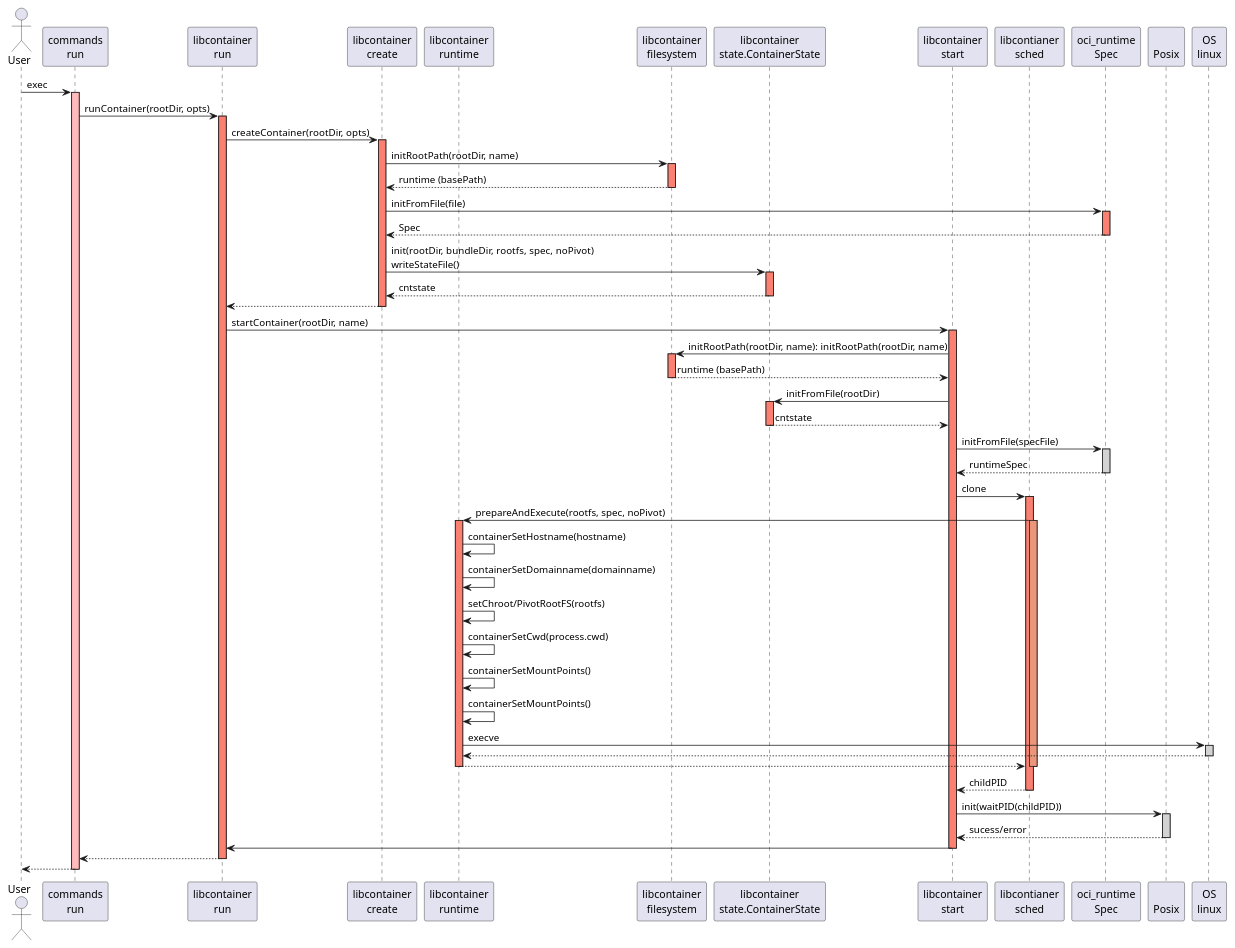
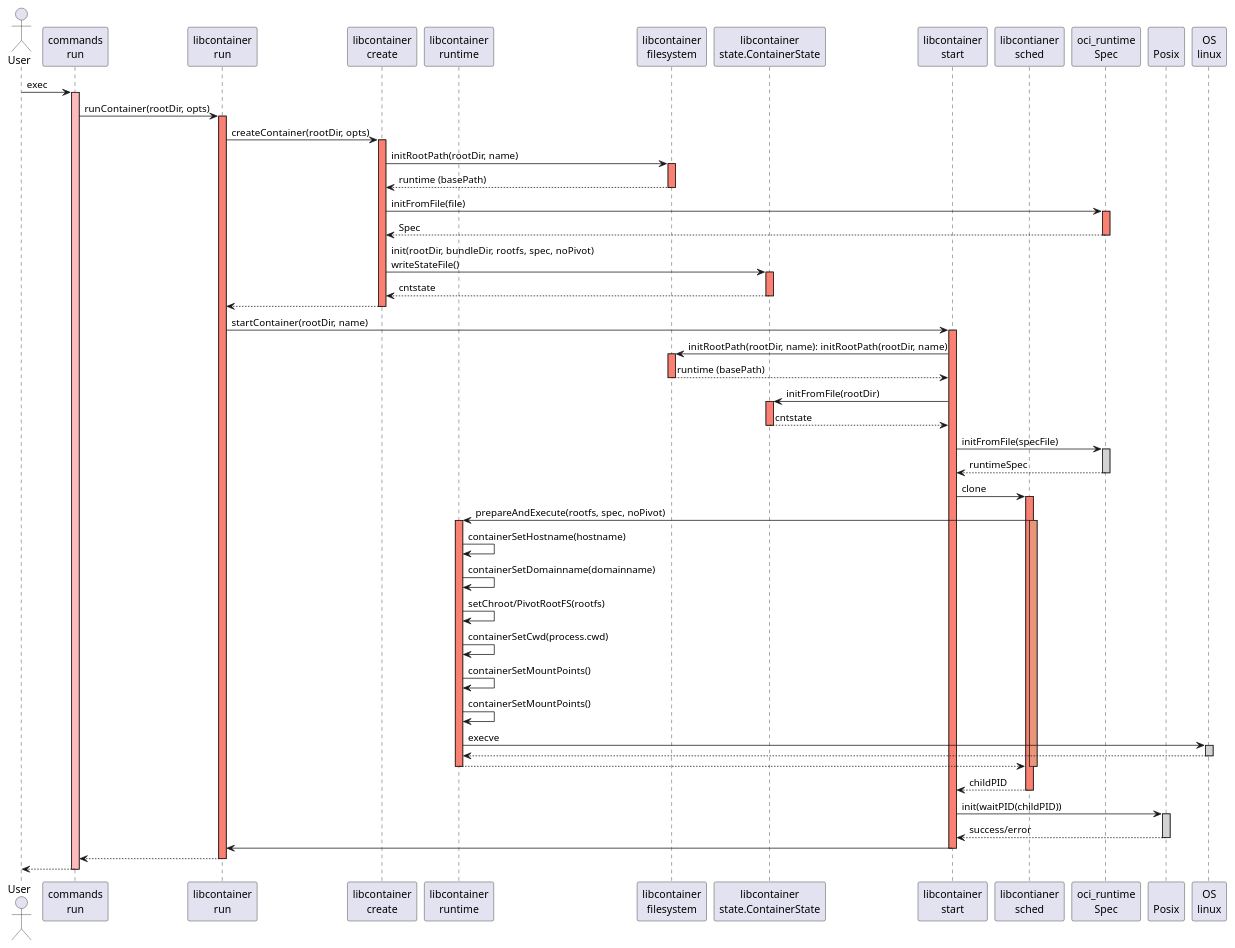
One commit to navidys/thorcon changed the diagram in docs/run.wsd. Above: the diagram before and after it, drawn with PlantUML. The commit also changed 2 other files, not shown here.

```diff
--- a/docs/run.wsd
+++ b/docs/run.wsd
@@ -1,105 +1,105 @@
 @startuml
 actor User as User
 participant "commands\nrun" as RunCommand
 participant "libcontainer\nrun" as Run
 participant "libcontainer\ncreate" as Create
 participant "libcontainer\nruntime" as Runtime
 participant "libcontainer\nfilesystem" as Filesystem
 participant "libcontainer\nstate.ContainerState" as ContainerState
 participant "libcontainer\nstart" as Start
 participant "libcontianer\nsched" as Sched
 participant "oci_runtime\nSpec" as OCISpec
 participant "\nPosix" as Posix
 participant "OS\nlinux" as Linux
 
 User -> RunCommand: exec
 activate RunCommand #FFBBBB
 
 RunCommand -> Run: runContainer(rootDir, opts)
 activate Run #Salmon
 
 Run -> Create: createContainer(rootDir, opts)
 activate Create #Salmon
 
 Create -> Filesystem: initRootPath(rootDir, name)
 activate Filesystem #Salmon
 
 Filesystem --> Create: runtime (basePath)
 deactivate Filesystem
 
 Create -> OCISpec: initFromFile(file)
 activate OCISpec #Salmon
 
 OCISpec --> Create: Spec
 deactivate OCISpec
 
 Create -> ContainerState: init(rootDir, bundleDir, rootfs, spec, noPivot)\nwriteStateFile()
 activate ContainerState #Salmon
 
 ContainerState --> Create: cntstate
 deactivate ContainerState
 
 Create --> Run:
 deactivate Create
 
 Run -> Start: startContainer(rootDir, name)
 activate Start #Salmon
 
 Start -> Filesystem: initRootPath(rootDir, name): initRootPath(rootDir, name)
 activate Filesystem #Salmon
 
 Filesystem --> Start: runtime (basePath)
 deactivate Filesystem
 
 Start -> ContainerState: initFromFile(rootDir)
 activate ContainerState #Salmon
 
 ContainerState --> Start: cntstate
 deactivate ContainerState
 
 Start -> OCISpec: initFromFile(specFile)
 activate OCISpec #LightGray
 
 OCISpec --> Start: runtimeSpec
 deactivate OCISpec
 
 Start -> Sched: clone
 activate Sched #Salmon
 
 Sched -> Runtime: prepareAndExecute(rootfs, spec, noPivot)
 activate Sched #DarkSalmon
 activate Runtime #Salmon
 Runtime -> Runtime: containerSetHostname(hostname)
 Runtime -> Runtime: containerSetDomainname(domainname)
 Runtime -> Runtime: setChroot/PivotRootFS(rootfs)
 Runtime -> Runtime: containerSetCwd(process.cwd)
 Runtime -> Runtime: containerSetMountPoints()
 Runtime -> Runtime: containerSetMountPoints()
 Runtime -> Linux: execve
 activate Linux #LightGray
 Linux --> Runtime
 deactivate Linux
 Runtime --> Sched
 deactivate Runtime
 deactivate Sched
 
 
 Sched --> Start: childPID
 deactivate Sched
 
 Start -> Posix: init(waitPID(childPID))
 activate Posix #LightGray
 
-Posix --> Start: sucess/error
+Posix --> Start: success/error
 deactivate Posix
 
 Start -> Run:
 deactivate Start
 
 Run --> RunCommand:
 deactivate Run
 
 RunCommand --> User:
 deactivate RunCommand
 
 @enduml
```
